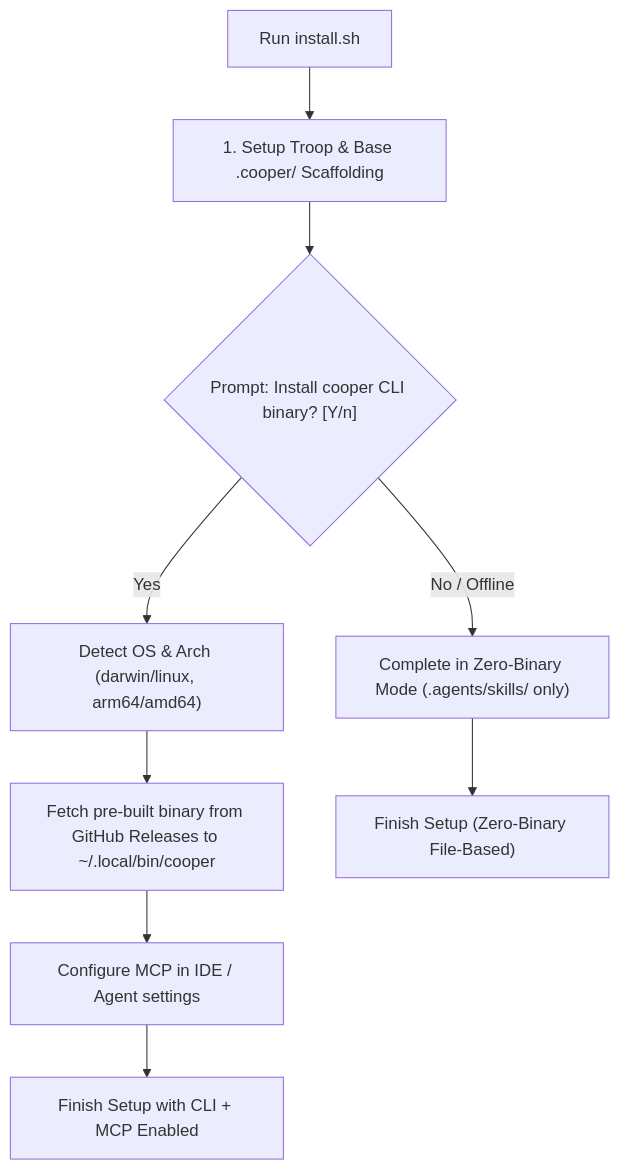
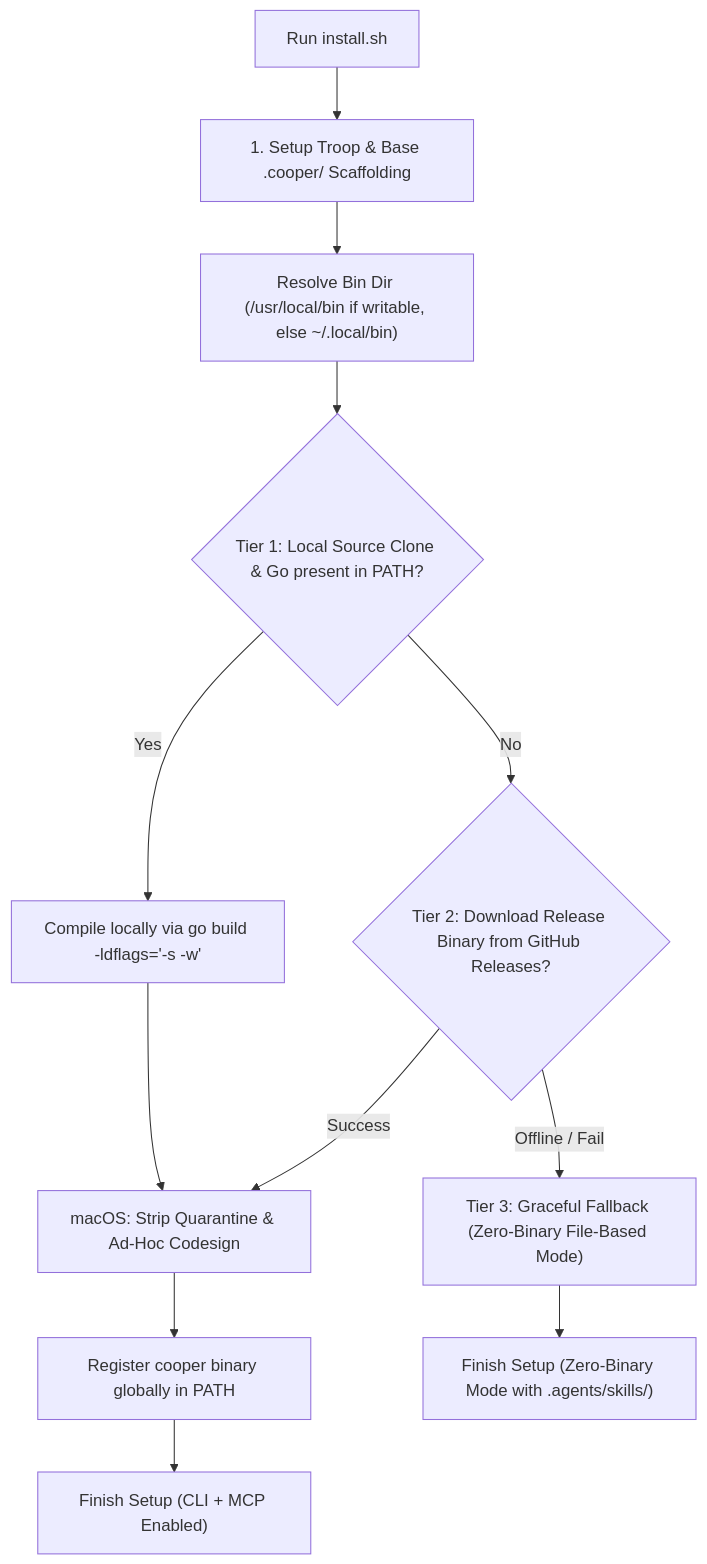
One commit to twoBoots/cooper changed the diagram in .cooper/active/rfc-cooper-cli-mcp/rfc.md. Above: the diagram before and after it, drawn with Mermaid. The commit also changed other lines of this file and 1 other file, not shown here.

Commit message:
docs(rfc): Align CLI installer flow with Battery 3-tier registration strategy

````diff
--- a/.cooper/active/rfc-cooper-cli-mcp/rfc.md
+++ b/.cooper/active/rfc-cooper-cli-mcp/rfc.md
@@ -136,13 +138,19 @@
 ```mermaid
 flowchart TD
     Start["Run install.sh"] --> Scaffold["1. Setup Troop & Base .cooper/ Scaffolding"]
-    Scaffold --> Prompt{"Prompt: Install cooper CLI binary? [Y/n]"}
+    Scaffold --> TargetBin["Resolve Bin Dir (/usr/local/bin if writable, else ~/.local/bin)"]
     
-    Prompt -->|Yes| DetectOS["Detect OS & Arch (darwin/linux, arm64/amd64)"]
-    DetectOS --> Download["Fetch pre-built binary from GitHub Releases to ~/.local/bin/cooper"]
-    Download --> ConfigMCP["Configure MCP in IDE / Agent settings"]
-    ConfigMCP --> Done["Finish Setup with CLI + MCP Enabled"]
+    TargetBin --> CheckGo{"Tier 1: Local Source Clone & Go present in PATH?"}
+    CheckGo -->|Yes| BuildGo["Compile locally via go build -ldflags='-s -w'"]
+    BuildGo --> PostProcess["macOS: Strip Quarantine & Ad-Hoc Codesign"]
     
-    Prompt -->|No / Offline| ZeroBin["Complete in Zero-Binary Mode (.agents/skills/ only)"]
-    ZeroBin --> DoneZero["Finish Setup (Zero-Binary File-Based)"]
+    CheckGo -->|No| FetchRel{"Tier 2: Download Release Binary from GitHub Releases?"}
+    FetchRel -->|Success| PostProcess
+    
+    PostProcess --> RegCLI["Register cooper binary globally in PATH"]
+    
+    FetchRel -->|Offline / Fail| Tier3["Tier 3: Graceful Fallback (Zero-Binary File-Based Mode)"]
+    
+    RegCLI --> Done["Finish Setup (CLI + MCP Enabled)"]
+    Tier3 --> DoneZero["Finish Setup (Zero-Binary Mode with .agents/skills/)"]
 ```
````
